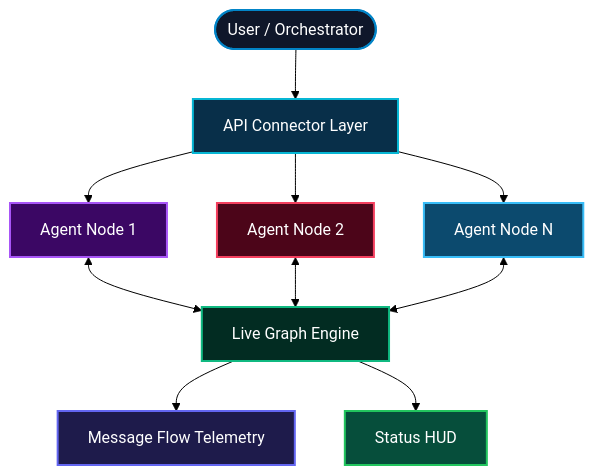
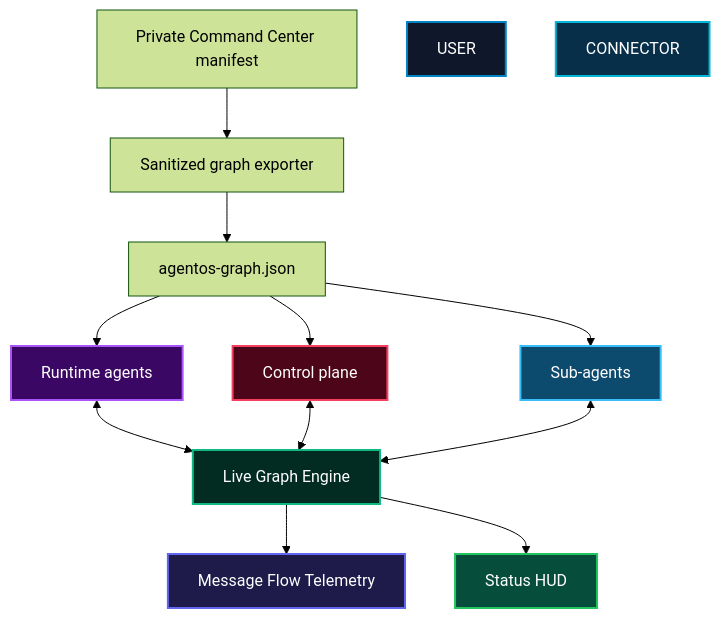
Before and after one commit to anyel1to/ATSMATRIX-AGENT-GRAPH: the diagram in README.md, drawn with Mermaid (forest theme). The commit also changed other lines of this file and 2 other files, not shown here.

First line of the commit message:
feat: visualize STINT-NET AgentOS topology

````diff
--- a/README.md
+++ b/README.md
@@ -43,21 +45,22 @@
 ```mermaid
 graph TD
-    USER([User / Orchestrator]) --> CONNECTOR[API Connector Layer]
-    CONNECTOR --> A1[Agent Node 1]
-    CONNECTOR --> A2[Agent Node 2]
-    CONNECTOR --> A3[Agent Node N]
+    PRIVATE[Private Command Center manifest] --> EXPORT[Sanitized graph exporter]
+    EXPORT --> SNAPSHOT[agentos-graph.json]
+    SNAPSHOT --> A1[Runtime agents]
+    SNAPSHOT --> A2[Control plane]
+    SNAPSHOT --> A3[Sub-agents]
     A1 <--> GRAPH[Live Graph Engine]
     A2 <--> GRAPH
     A3 <--> GRAPH
     GRAPH --> TELEMETRY[Message Flow Telemetry]
     GRAPH --> HUD[Status HUD]
 
     style USER fill:#0f172a,stroke:#0284c7,stroke-width:2px,color:#fff
     style CONNECTOR fill:#082f49,stroke:#06b6d4,stroke-width:2px,color:#fff
     style A1 fill:#3b0764,stroke:#a855f7,stroke-width:2px,color:#fff
     style A2 fill:#4c0519,stroke:#f43f5e,stroke-width:2px,color:#fff
     style A3 fill:#0c4a6e,stroke:#38bdf8,stroke-width:2px,color:#fff
     style GRAPH fill:#022c22,stroke:#10b981,stroke-width:2px,color:#fff
     style TELEMETRY fill:#1e1b4b,stroke:#6366f1,stroke-width:2px,color:#fff
     style HUD fill:#064e3b,stroke:#22c55e,stroke-width:2px,color:#fff
 ```
````
